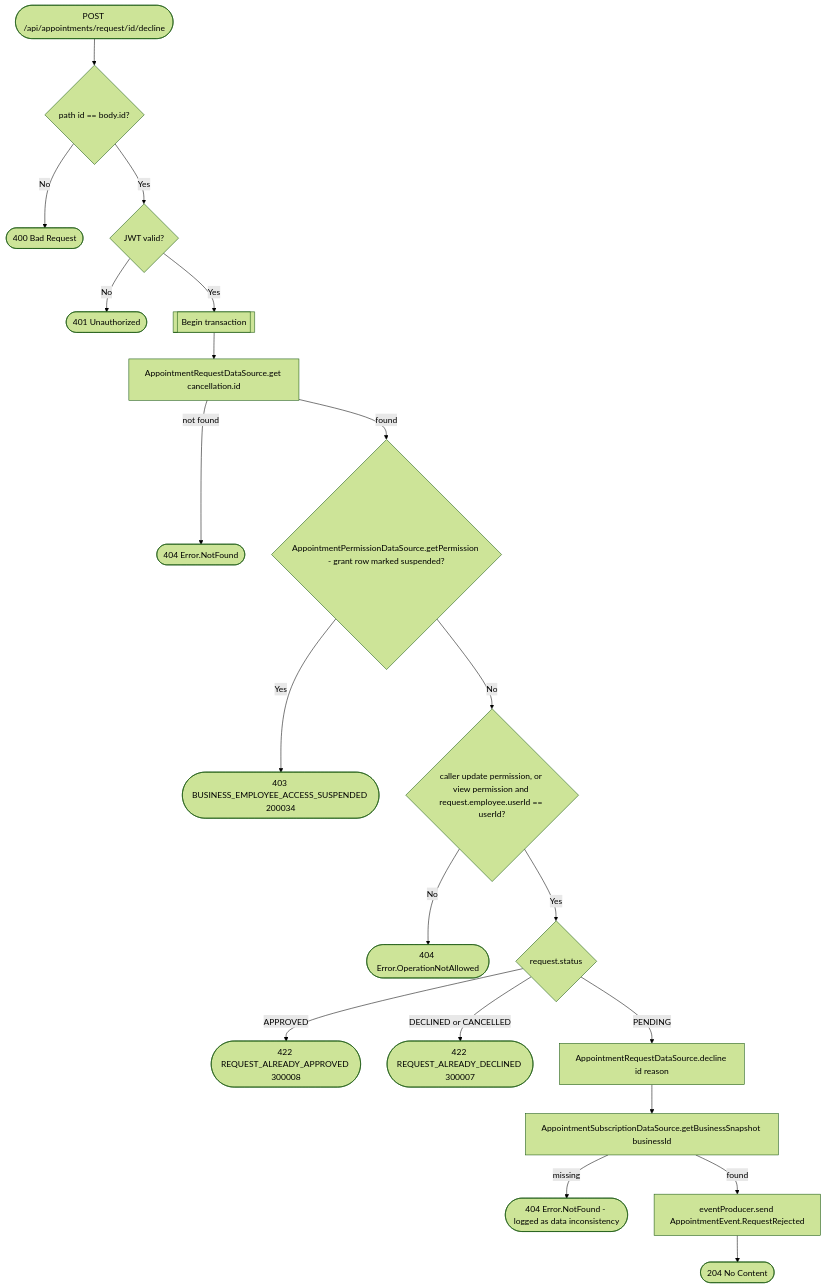
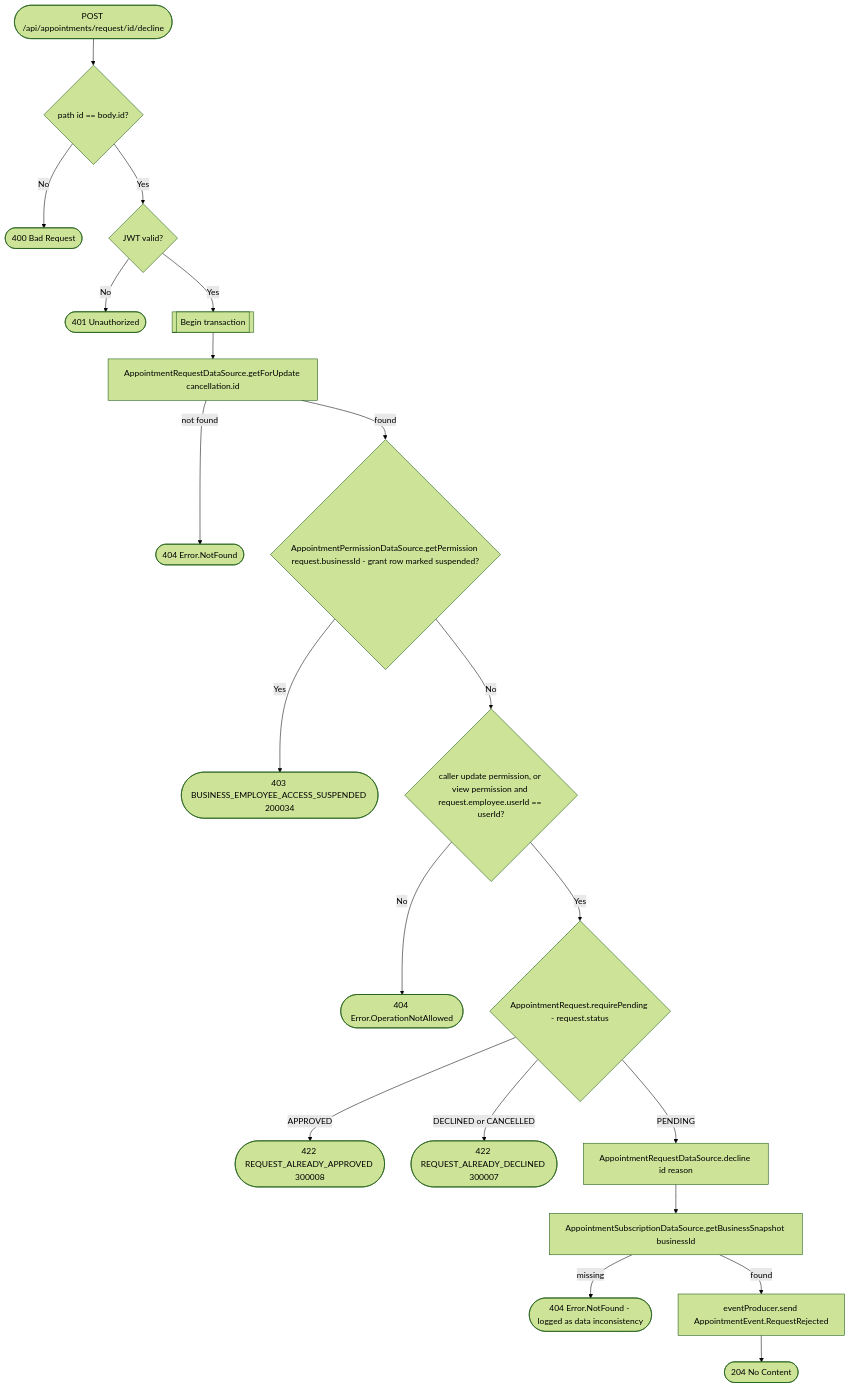
One commit to an22/bookk.me-backend changed the diagram in docs/operations/appointments/decline-appointment-request.md. Above: the diagram before and after it, drawn with Mermaid (forest theme). The commit also changed other lines of this file and 80 other files, not shown here.

````diff
--- a/docs/operations/appointments/decline-appointment-request.md
+++ b/docs/operations/appointments/decline-appointment-request.md
@@ -12,22 +18,22 @@
 ```mermaid
 flowchart TD
     Start([POST /api/appointments/request/id/decline]) --> PathCheck{path id == body.id?}
     PathCheck -- No --> R400([400 Bad Request])
     PathCheck -- Yes --> Auth{JWT valid?}
     Auth -- No --> R401([401 Unauthorized])
     Auth -- Yes --> Tx[[Begin transaction]]
-    Tx --> Get[AppointmentRequestDataSource.get cancellation.id]
+    Tx --> Get[AppointmentRequestDataSource.getForUpdate cancellation.id]
     Get -- not found --> R404b([404 Error.NotFound])
-    Get -- found --> Suspended{AppointmentPermissionDataSource.getPermission - grant row marked suspended?}
+    Get -- found --> Suspended{AppointmentPermissionDataSource.getPermission request.businessId - grant row marked suspended?}
     Suspended -- Yes --> R403s([403 BUSINESS_EMPLOYEE_ACCESS_SUSPENDED 200034])
     Suspended -- No --> Perm{caller update permission, or view permission and request.employee.userId == userId?}
     Perm -- No --> R404a([404 Error.OperationNotAllowed])
-    Perm -- Yes --> Status{request.status}
+    Perm -- Yes --> Status{AppointmentRequest.requirePending - request.status}
     Status -- APPROVED --> R422a([422 REQUEST_ALREADY_APPROVED 300008])
     Status -- DECLINED or CANCELLED --> R422b([422 REQUEST_ALREADY_DECLINED 300007])
     Status -- PENDING --> Decline[AppointmentRequestDataSource.decline id reason]
     Decline --> Snapshot[AppointmentSubscriptionDataSource.getBusinessSnapshot businessId]
     Snapshot -- missing --> R404c([404 Error.NotFound - logged as data inconsistency])
     Snapshot -- found --> Event[eventProducer.send AppointmentEvent.RequestRejected]
     Event --> R204([204 No Content])
 ```
````
